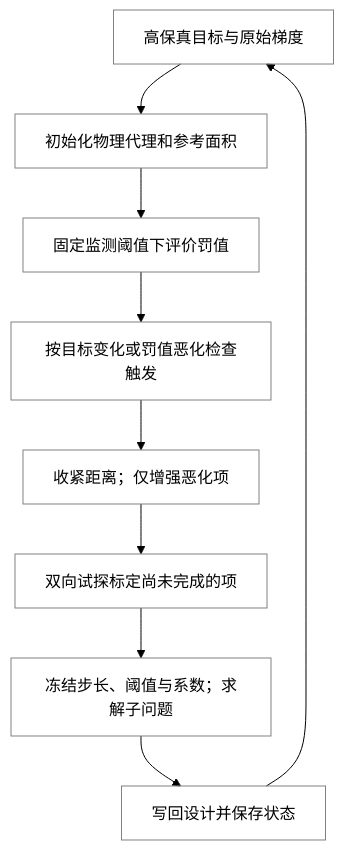
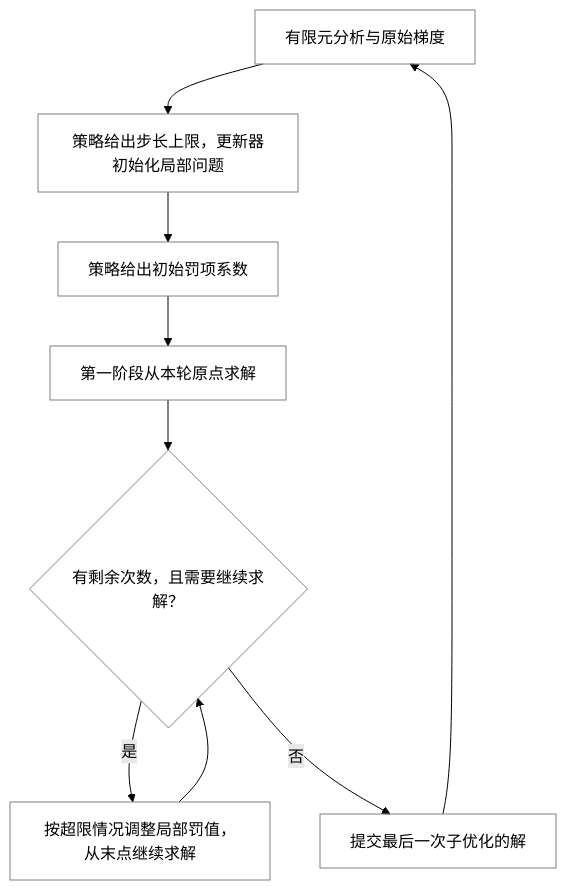
Before and after one commit to sssnnn7119/morphopt: the diagram in docs/codestructure/optimization.md, drawn with Mermaid (forest theme). The commit also changed other lines of this file and 66 other files, not shown here.

````diff
--- a/docs/codestructure/optimization.md
+++ b/docs/codestructure/optimization.md
@@ -109,12 +108,12 @@
 ```mermaid
 flowchart TD
-    F["高保真目标与原始梯度"] --> I["初始化物理代理和参考面积"]
-    I --> M["固定监测阈值下评价罚值"]
-    M --> E["按目标变化或罚值恶化检查触发"]
-    E --> C["收紧距离；仅增强恶化项"]
-    C --> P["双向试探标定尚未完成的项"]
-    P --> L["冻结步长、阈值与系数；求解子问题"]
-    L --> S["写回设计并保存状态"]
+    F["有限元分析与原始梯度"] --> I["策略给出步长上限，更新器初始化局部问题"]
+    I --> W["策略给出初始罚项系数"]
+    W --> L["第一阶段从本轮原点求解"]
+    L --> C{"有剩余次数，且需要继续求解？"}
+    C -->|是| R["按超限情况调整局部罚值，从末点继续求解"]
+    R --> C
+    C -->|否| S["提交最后一次子优化的解"]
     S --> F
     classDef default fill:transparent,stroke:#808080
 ```
````
